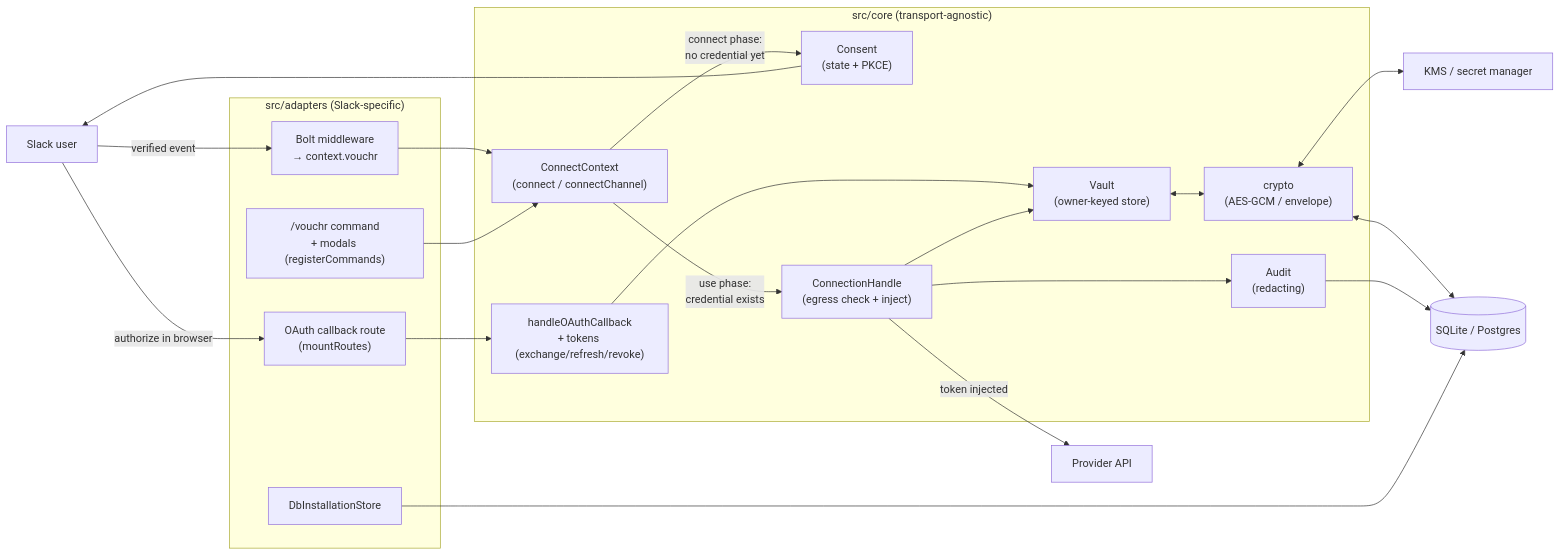
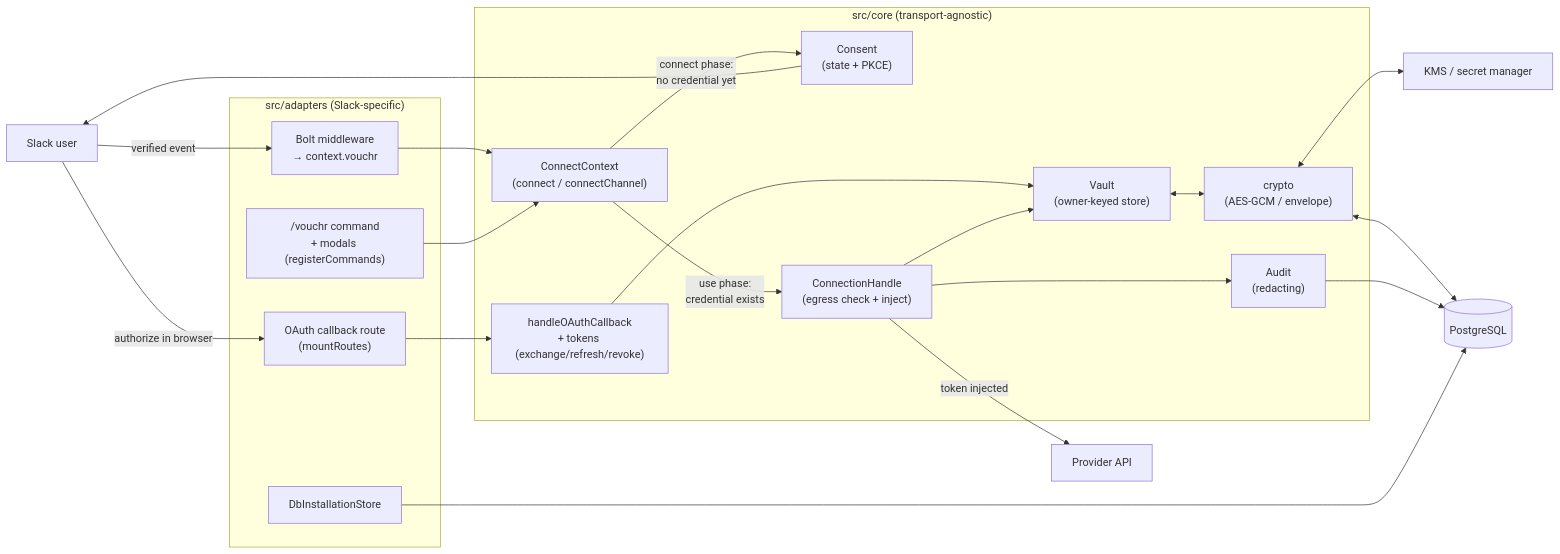
The diagram in guides/ARCHITECTURE.md (Dharin-shah/vouchr), drawn with Mermaid before and after one commit. The commit also changed other lines of this file and 85 other files, not shown here.

````diff
--- a/guides/ARCHITECTURE.md
+++ b/guides/ARCHITECTURE.md
@@ -14,37 +14,37 @@
 ```mermaid
 flowchart LR
     user["Slack user"]
 
     subgraph adapter["src/adapters (Slack-specific)"]
         mw["Bolt middleware\n→ context.vouchr"]
         cb["OAuth callback route\n(mountRoutes)"]
         cmd["/vouchr command\n+ modals (registerCommands)"]
         instore["DbInstallationStore"]
     end
 
     subgraph core["src/core (transport-agnostic)"]
         cc["ConnectContext\n(connect / connectChannel)"]
         consent["Consent\n(state + PKCE)"]
         oauth["handleOAuthCallback\n+ tokens (exchange/refresh/revoke)"]
         vault["Vault\n(owner-keyed store)"]
         handle["ConnectionHandle\n(egress check + inject)"]
         crypto["crypto\n(AES-GCM / envelope)"]
         audit["Audit\n(redacting)"]
     end
 
-    db[("SQLite / Postgres")]
+    db[("PostgreSQL")]
     prov["Provider API"]
     kms["KMS / secret manager"]
 
     user -->|verified event| mw --> cc
     cc -->|"connect phase:\nno credential yet"| consent --> user
     user -->|authorize in browser| cb --> oauth --> vault
     cc -->|"use phase:\ncredential exists"| handle
     handle -->|token injected| prov
     vault <--> crypto <--> db
     crypto <--> kms
     handle --> vault
     handle --> audit --> db
     cmd --> cc
     instore --> db
 ```
````
